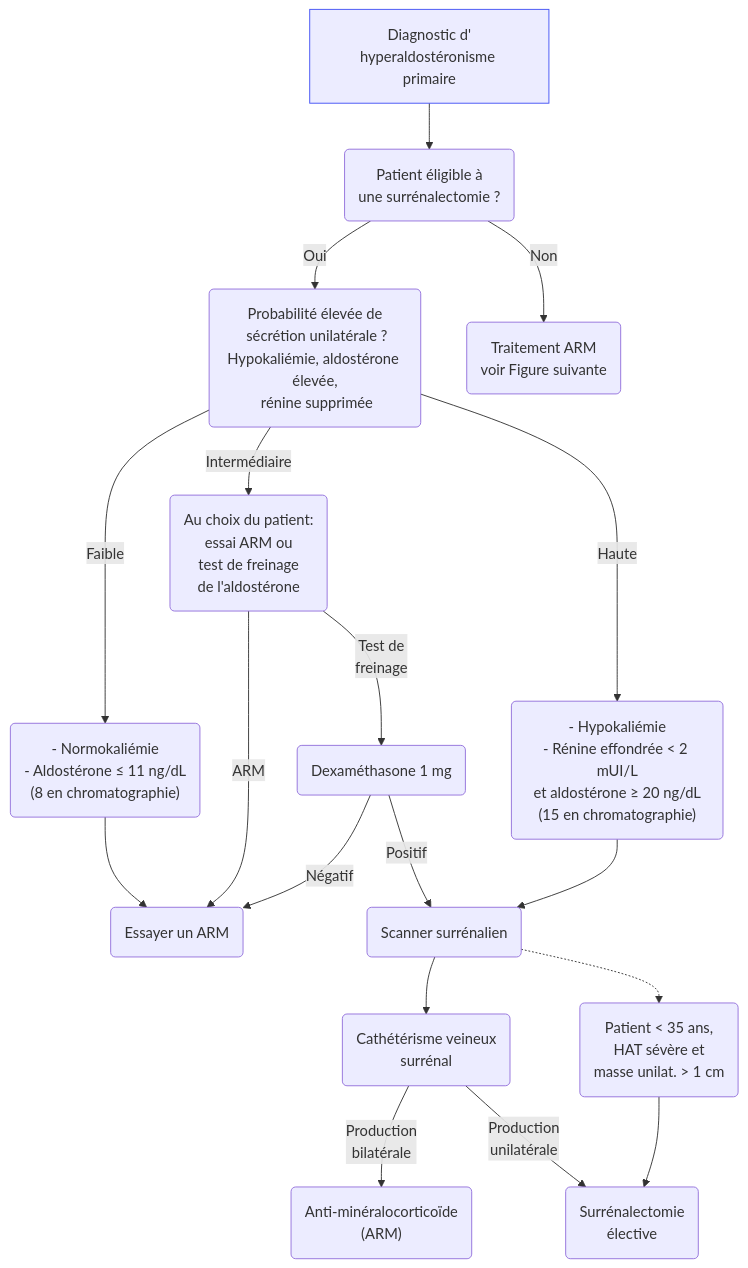
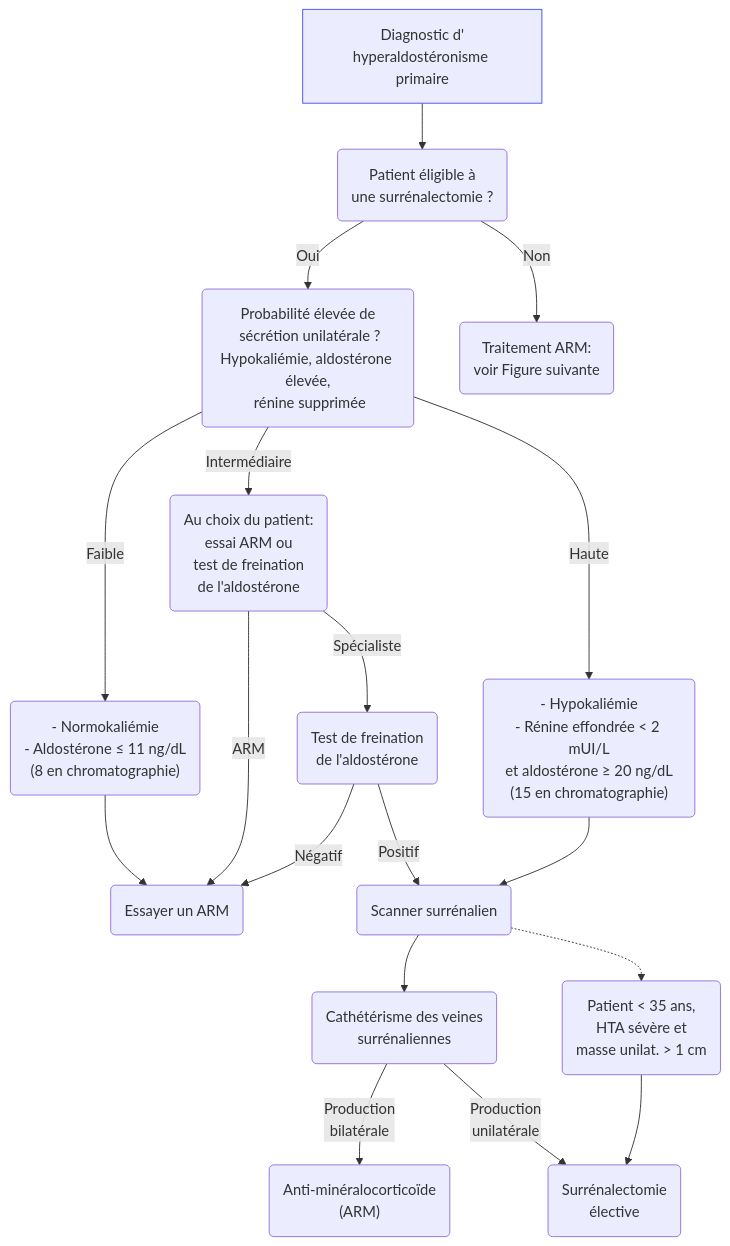
Before and after one commit to djibe/recommandations-medicales: the second of 3 diagrams in content/recommandations/hyperaldosteronisme-primaire.md, drawn with Mermaid. The commit also changed other lines of this file, not shown here.

```diff
--- a/content/recommandations/hyperaldosteronisme-primaire.md
+++ b/content/recommandations/hyperaldosteronisme-primaire.md
@@ -238,12 +224,12 @@
 {{< mermaid title="Bilan complémentaire ou traitement d'emblée au diagnostic d'hyperaldostéronisme primaire. Dr JB Fron d'après ES 2025">}}
 graph TB
   diagnostic["Diagnostic d'<br>hyperaldostéronisme primaire"] --> éligible("Patient éligible à<br>une surrénalectomie ?") -- Oui --> probabilité("Probabilité élevée de<br> sécrétion unilatérale ?<br>Hypokaliémie, aldostérone élevée,<br> rénine supprimée") -- Faible --> faible("- Normokaliémie<br>- Aldostérone ≤ 11 ng/dL<br>(8 en chromatographie)") --> essai(Essayer un ARM)
-    probabilité -- Intermédiaire --> intermédiaire("Au choix du patient:<br>essai ARM ou<br>test de freinage<br>de l'aldostérone") -- "ARM" --> essai
-      intermédiaire -- "Test de<br>freinage" --> freinage("Dexaméthasone 1 mg") -- Négatif --> essai
+    probabilité -- Intermédiaire --> intermédiaire("Au choix du patient:<br>essai ARM ou<br>test de freination<br>de l'aldostérone") -- "ARM" --> essai
+      intermédiaire -- "Spécialiste" --> freinage("Test de freination<br>de l'aldostérone") -- Négatif --> essai
         freinage -- Positif --> scanner(Scanner surrénalien)
-    probabilité -- Haute --> haute("- Hypokaliémie<br>- Rénine effondrée &lt; 2 mUI/L<br>et aldostérone ≥ 20 ng/dL<br>(15 en chromatographie)") --> scanner --> cathétérisme("Cathétérisme veineux<br>surrénal") -- "Production<br>bilatérale" --> ARM("Anti-minéralocorticoïde<br>(ARM)")
-       scanner -.-> jeune("Patient &lt; 35 ans,<br>HAT sévère et<br>masse unilat. &gt; 1 cm") --> chirurgie
+    probabilité -- Haute --> haute("- Hypokaliémie<br>- Rénine effondrée &lt; 2 mUI/L<br>et aldostérone ≥ 20 ng/dL<br>(15 en chromatographie)") --> scanner --> cathétérisme("Cathétérisme des veines<br>surrénaliennes") -- "Production<br>bilatérale" --> ARM("Anti-minéralocorticoïde<br>(ARM)")
+       scanner -.-> jeune("Patient &lt; 35 ans,<br>HTA sévère et<br>masse unilat. &gt; 1 cm") --> chirurgie
       cathétérisme -- "Production<br>unilatérale" --> chirurgie("Surrénalectomie<br>élective")
-  éligible -- Non --> traitement("Traitement ARM<br>voir Figure suivante")
+  éligible -- Non --> traitement("Traitement ARM:<br>voir Figure suivante")
   style diagnostic stroke:#4150f5, stroke-width:1px
 {{< /mermaid >}}
```
